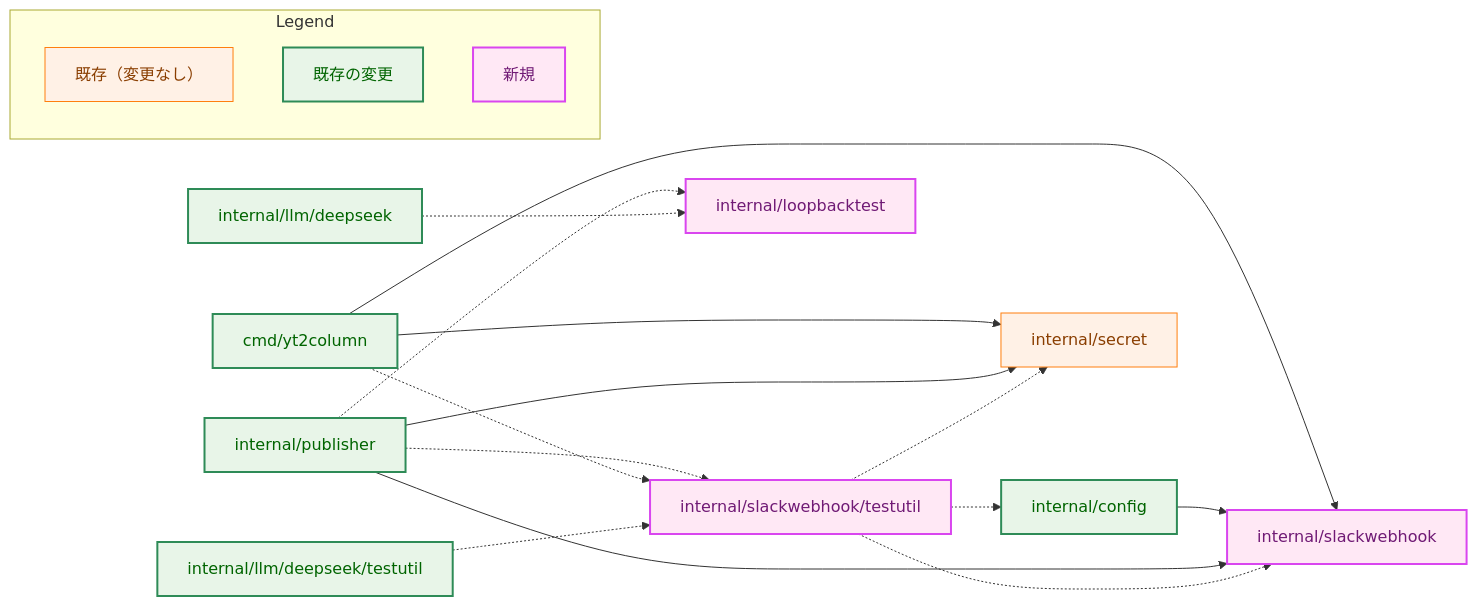
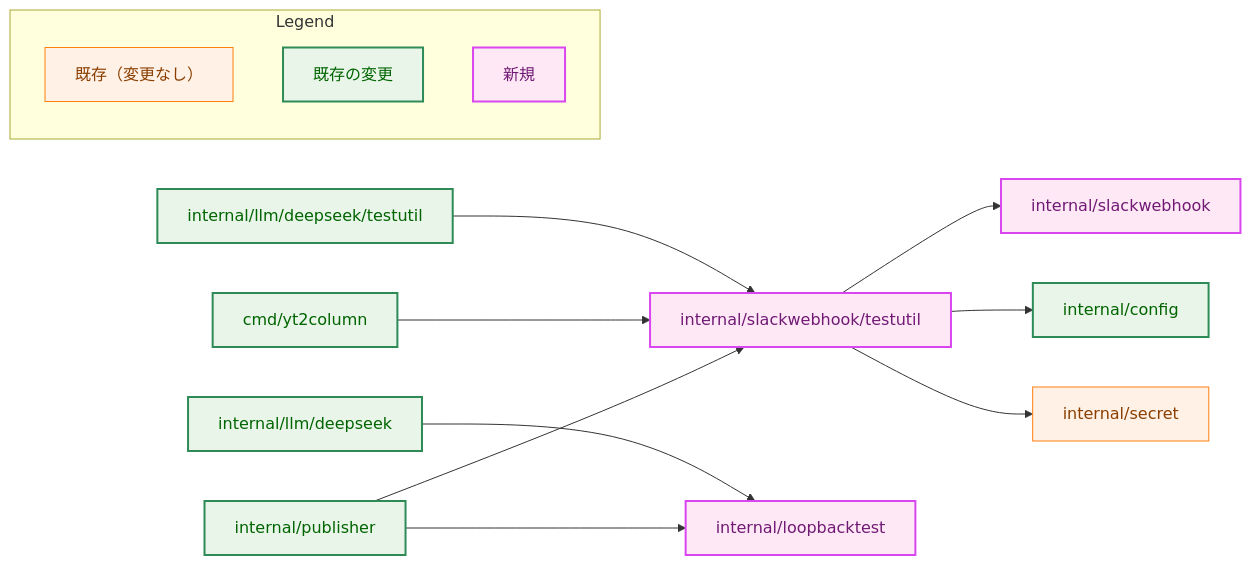
The third of 7 diagrams in docs/tasks/0006_slack_webhook_publisher/02_architecture.md (isseis/yt2column), drawn with Mermaid before and after one commit. The commit also changed other lines of this file, not shown here.

First line of the commit message:
docs(0006): split the package dependency figure by build

````diff
--- a/docs/tasks/0006_slack_webhook_publisher/02_architecture.md
+++ b/docs/tasks/0006_slack_webhook_publisher/02_architecture.md
@@ -109,43 +145,38 @@
 ```mermaid
 flowchart LR
     classDef process fill:#fff1e6,stroke:#ff7f0e,stroke-width:1px,color:#8a3e00;
     classDef enhanced fill:#e8f5e8,stroke:#2e8b57,stroke-width:2px,color:#006400;
     classDef newpkg fill:#ffe8f5,stroke:#d946ef,stroke-width:2px,color:#701a75;
 
     MAIN["cmd/yt2column"]
-    CFG["internal/config"]
     PUB["internal/publisher"]
-    SW["internal/slackwebhook"]
-    SWTU["internal/slackwebhook/testutil"]
-    SEC["internal/secret"]
-    LB["internal/loopbacktest"]
     DS["internal/llm/deepseek"]
     DSTU["internal/llm/deepseek/testutil"]
+    SWTU["internal/slackwebhook/testutil"]
+    LB["internal/loopbacktest"]
+    SW["internal/slackwebhook"]
+    CFG["internal/config"]
+    SEC["internal/secret"]
 
-    MAIN --> SEC
-    MAIN --> SW
-    CFG --> SW
-    PUB --> SW
-    PUB --> SEC
-    PUB -.-> LB
-    PUB -.-> SWTU
-    DS -.-> LB
-    MAIN -.-> SWTU
-    DSTU -.-> SWTU
-    SWTU -.-> SW
-    SWTU -.-> CFG
-    SWTU -.-> SEC
+    PUB --> LB
+    DS --> LB
+    PUB --> SWTU
+    MAIN --> SWTU
+    DSTU --> SWTU
+    SWTU --> SW
+    SWTU --> CFG
+    SWTU --> SEC
 
     class SEC process
-    class MAIN,CFG,PUB,DS,DSTU enhanced
-    class SW,SWTU,LB newpkg
+    class MAIN,PUB,DS,DSTU,CFG enhanced
+    class SWTU,LB,SW newpkg
 
     subgraph Legend["Legend"]
         L2["既存（変更なし）"]
         L3["既存の変更"]
         L4["新規"]
     end
     class L2 process
     class L3 enhanced
     class L4 newpkg
 ```
````
